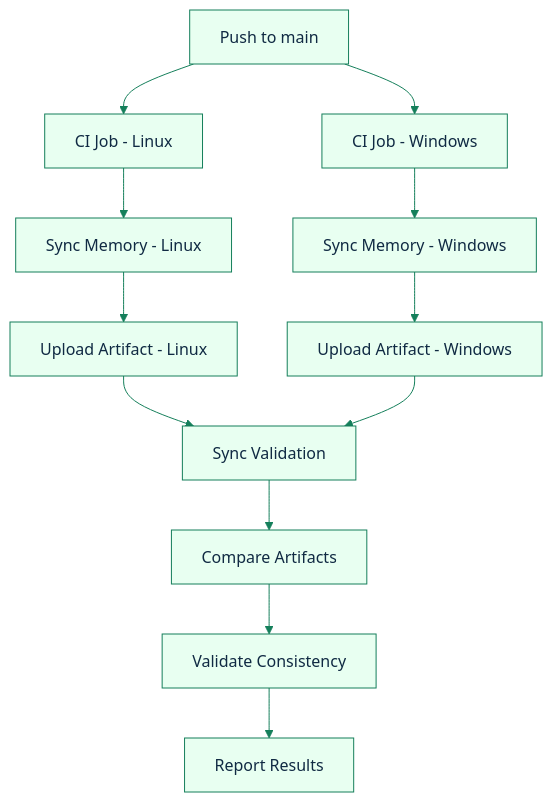
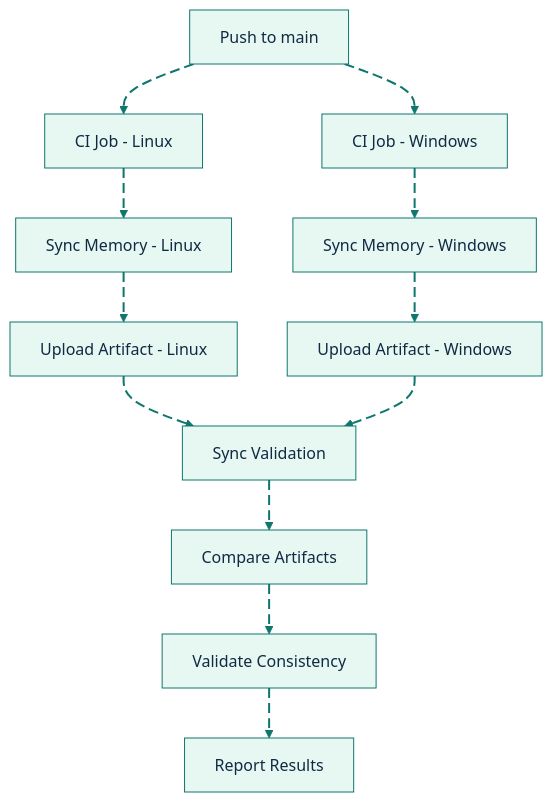
Before and after one commit to GlitterKill/sdl-mcp: the diagram in docs/cross-platform-validation.md, drawn with Mermaid. The commit also changed 33 other files, not shown here.

First line of the commit message:
docs: update mermaid diagram themes and styling across documentation

````diff
--- a/docs/cross-platform-validation.md
+++ b/docs/cross-platform-validation.md
@@ -31,15 +31,24 @@
 ```mermaid
-%%{init: {"theme":"base","themeVariables":{"primaryColor":"#e8fff1","primaryBorderColor":"#157f5b","primaryTextColor":"#102a43","secondaryColor":"#eef6ff","secondaryBorderColor":"#2563eb","tertiaryColor":"#fff4d6","tertiaryBorderColor":"#b45309","lineColor":"#157f5b","fontFamily":"Trebuchet MS, Arial"},"flowchart":{"curve":"basis"}}}%%
+%%{init: {"theme":"base","themeVariables":{"background":"#ffffff","primaryColor":"#E7F8F2","primaryBorderColor":"#0F766E","primaryTextColor":"#102A43","secondaryColor":"#E8F1FF","secondaryBorderColor":"#2563EB","secondaryTextColor":"#102A43","tertiaryColor":"#FFF4D6","tertiaryBorderColor":"#B45309","tertiaryTextColor":"#102A43","lineColor":"#0F766E","textColor":"#102A43","fontFamily":"Inter, ui-sans-serif, system-ui, -apple-system, BlinkMacSystemFont, Segoe UI, sans-serif"},"flowchart":{"curve":"basis","htmlLabels":true}}}%%
 graph TB
-    A[Push to main] --> B[CI Job - Linux]
-    A --> C[CI Job - Windows]
-    B --> D[Sync Memory - Linux]
-    C --> E[Sync Memory - Windows]
-    D --> F[Upload Artifact - Linux]
-    E --> G[Upload Artifact - Windows]
-    F --> H[Sync Validation]
-    G --> H
-    H --> I[Compare Artifacts]
-    I --> J[Validate Consistency]
-    J --> K[Report Results]
+    A[Push to main] e1@--> B[CI Job - Linux]
+    A e2@--> C[CI Job - Windows]
+    B e3@--> D[Sync Memory - Linux]
+    C e4@--> E[Sync Memory - Windows]
+    D e5@--> F[Upload Artifact - Linux]
+    E e6@--> G[Upload Artifact - Windows]
+    F e7@--> H[Sync Validation]
+    G e8@--> H
+    H e9@--> I[Compare Artifacts]
+    I e10@--> J[Validate Consistency]
+    J e11@--> K[Report Results]
+
+    classDef source fill:#E7F8F2,stroke:#0F766E,stroke-width:2px,color:#102A43;
+    classDef process fill:#E8F1FF,stroke:#2563EB,stroke-width:2px,color:#102A43;
+    classDef decision fill:#FFF4D6,stroke:#B45309,stroke-width:2px,color:#102A43;
+    classDef storage fill:#F2E8FF,stroke:#7C3AED,stroke-width:2px,color:#102A43;
+    classDef output fill:#FFE8EF,stroke:#BE123C,stroke-width:2px,color:#102A43;
+    classDef muted fill:#F8FAFC,stroke:#64748B,stroke-width:1px,color:#102A43;
+    classDef animate stroke:#0F766E,stroke-width:2px,stroke-dasharray:10\,5,stroke-dashoffset:900,animation:dash 22s linear infinite;
+    class e1,e2,e3,e4,e5,e6,e7,e8,e9,e10,e11 animate;
 ```
````
